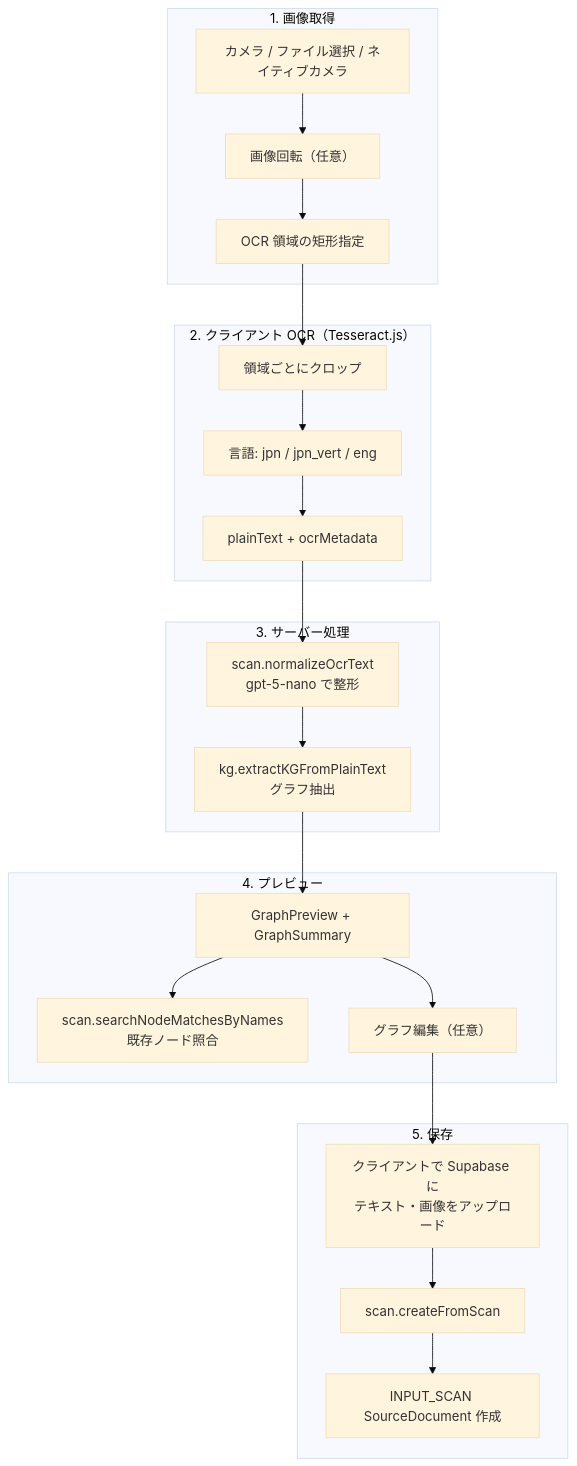
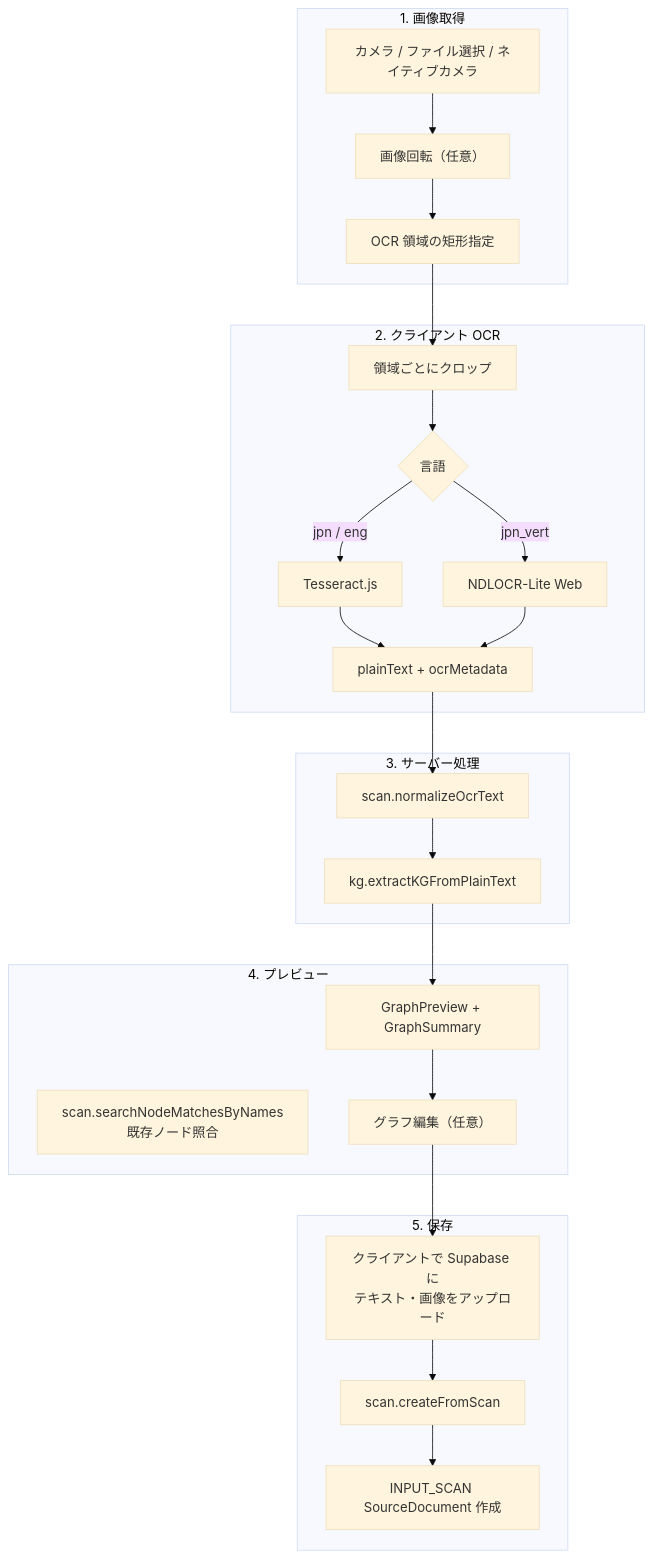
Before and after one commit to MatsunoHitoshi/ArsTraverse: the diagram in docs/field-research-scan-flow.md, drawn with Mermaid (base theme). The commit also changed other lines of this file and 26 other files, not shown here.

First line of the commit message:
feat(field): add NDLOCR-Lite for vertical Japanese OCR in scan flow

````diff
--- a/docs/field-research-scan-flow.md
+++ b/docs/field-research-scan-flow.md
@@ -17,37 +17,39 @@
 ```mermaid
 flowchart TB
     subgraph Capture["1. 画像取得"]
         A[カメラ / ファイル選択 / ネイティブカメラ]
         B[画像回転（任意）]
         C[OCR 領域の矩形指定]
     end
 
-    subgraph ClientOCR["2. クライアント OCR（Tesseract.js）"]
+    subgraph ClientOCR["2. クライアント OCR"]
         D[領域ごとにクロップ]
-        E[言語: jpn / jpn_vert / eng]
-        F[plainText + ocrMetadata]
+        E{言語}
+        E -->|jpn / eng| F1[Tesseract.js]
+        E -->|jpn_vert| F2[NDLOCR-Lite Web]
+        F1 --> OCR_OUT[plainText + ocrMetadata]
+        F2 --> OCR_OUT
     end
 
     subgraph ServerPipeline["3. サーバー処理"]
-        G[scan.normalizeOcrText<br/>gpt-5-nano で整形]
-        H[kg.extractKGFromPlainText<br/>グラフ抽出]
+        G[scan.normalizeOcrText]
+        H[kg.extractKGFromPlainText]
     end
 
     subgraph Preview["4. プレビュー"]
         I[GraphPreview + GraphSummary]
         J[scan.searchNodeMatchesByNames<br/>既存ノード照合]
         K[グラフ編集（任意）]
     end
 
     subgraph Persist["5. 保存"]
         L[クライアントで Supabase に<br/>テキスト・画像をアップロード]
         M[scan.createFromScan]
         N[INPUT_SCAN SourceDocument 作成]
     end
 
-    A --> B --> C --> D --> E --> F
-    F --> G --> H --> I
-    I --> J
+    A --> B --> C --> D --> E
+    OCR_OUT --> G --> H --> I
     I --> K
     K --> L --> M --> N
 ```
````
